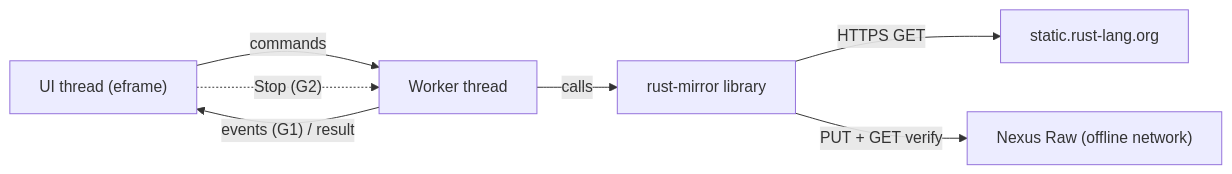
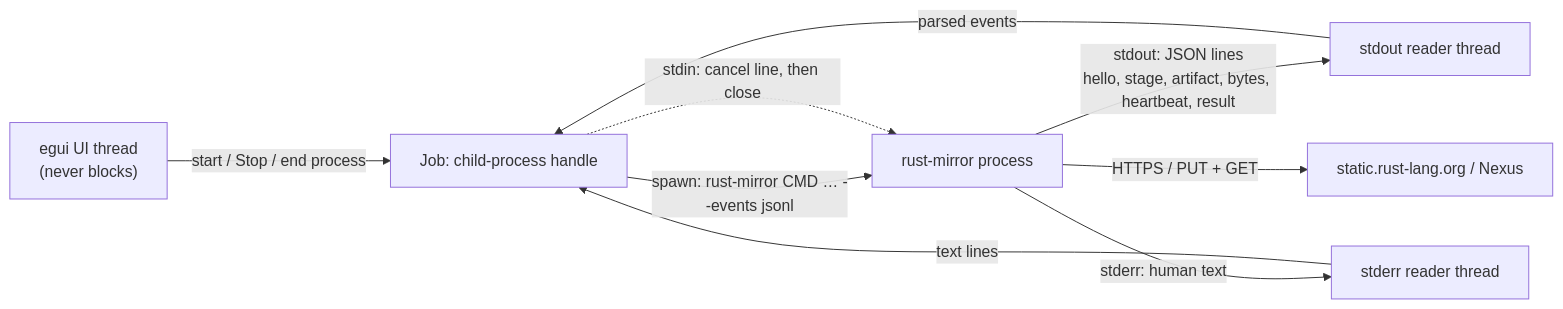
Before and after one commit to rustcommons/rust-mirror-gui: the diagram in docs/DESIGN.md, drawn with Mermaid. The commit also changed other lines of this file and 22 other files, not shown here.

First line of the commit message:
Add egui prototype driving rust-mirror as a child process

````diff
--- a/docs/DESIGN.md
+++ b/docs/DESIGN.md
@@ -187,9 +212,11 @@
 ```mermaid
 flowchart LR
-  UI["UI thread (eframe)"] -- "commands" --> W["Worker thread"]
-  W -- "events (G1) / result" --> UI
-  W -- "calls" --> L["rust-mirror library"]
-  L -- "HTTPS GET" --> U["static.rust-lang.org"]
-  L -- "PUT + GET verify" --> N["Nexus Raw (offline network)"]
-  UI -. "Stop (G2)" .-> W
+  UI["egui UI thread<br/>(never blocks)"] -- "start / Stop / end process" --> J["Job: child-process handle"]
+  J -- "spawn: rust-mirror CMD … --events jsonl" --> RM["rust-mirror process"]
+  RM -- "stdout: JSON lines<br/>hello, stage, artifact, bytes, heartbeat, result" --> R1["stdout reader thread"]
+  RM -- "stderr: human text" --> R2["stderr reader thread"]
+  R1 -- "parsed events" --> J
+  R2 -- "text lines" --> J
+  J -. "stdin: cancel line, then close" .-> RM
+  RM -- "HTTPS / PUT + GET" --> EXT["static.rust-lang.org / Nexus"]
 ```
````
